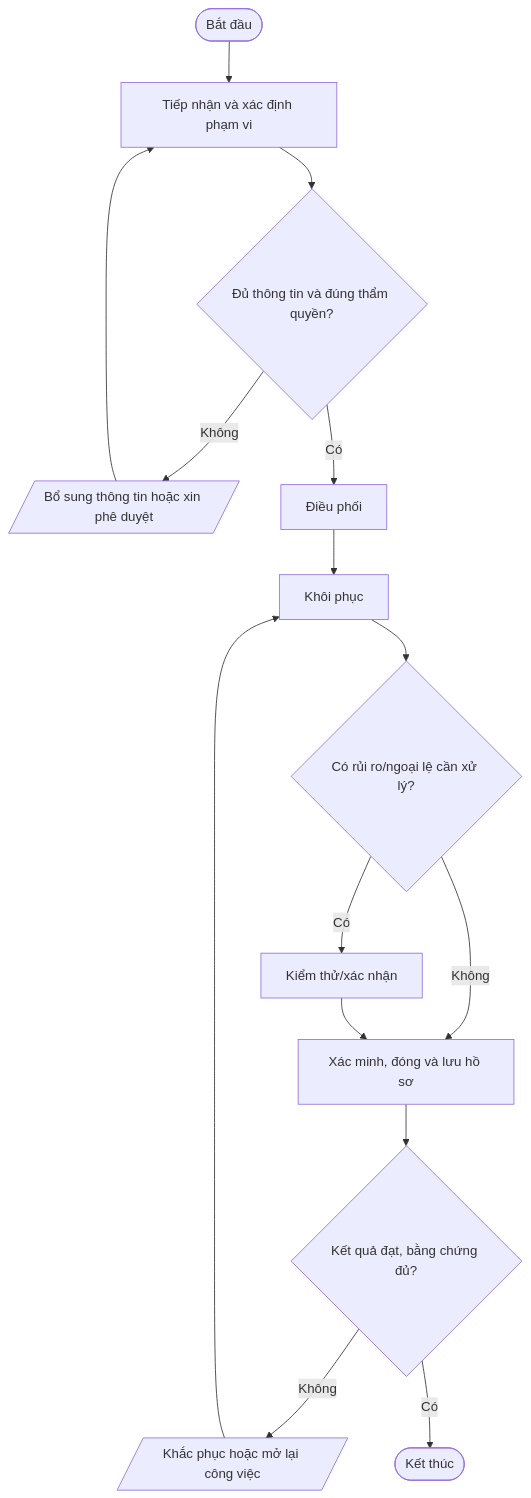
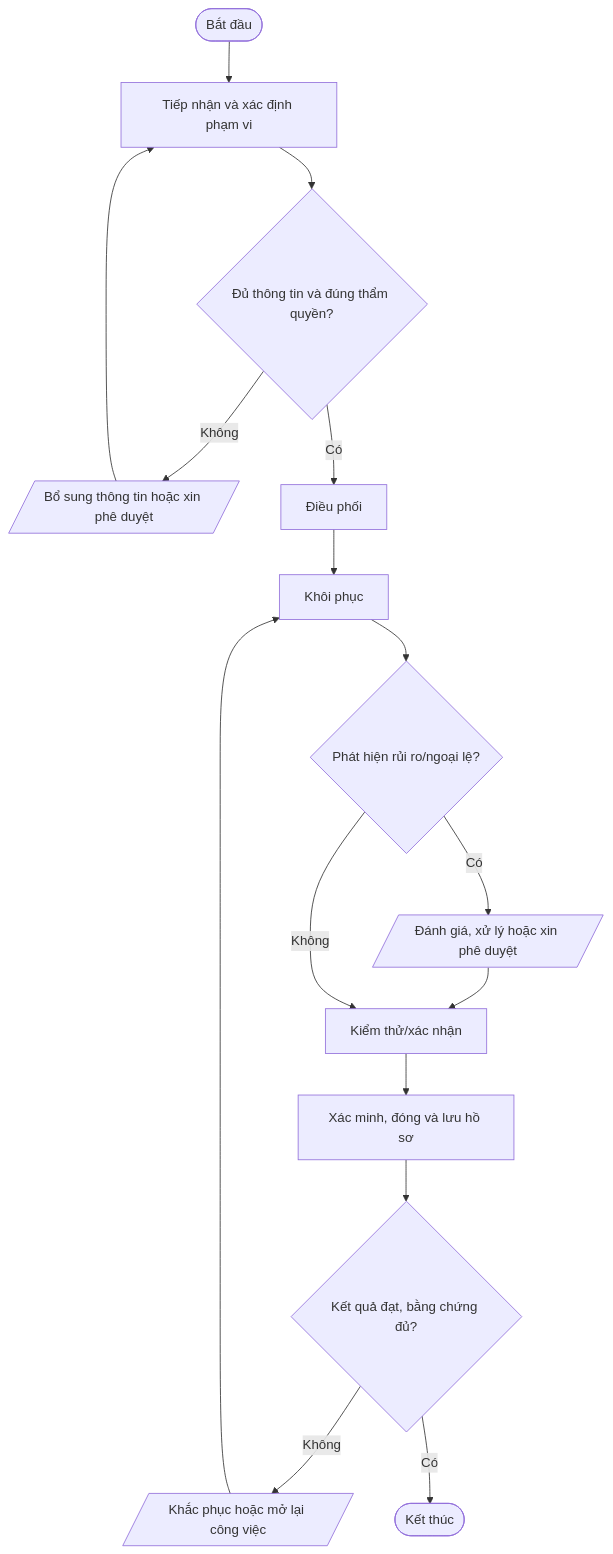
Before and after one commit to daoaigiangnam/Quy_Trinh_Chuan: the fourth of 5 diagrams in quy-trinh/04-Backup-BCP-DR/README.md, drawn with Mermaid. The commit also changed other lines of this file, not shown here.

Commit message:
docs: correct procedure flowchart decision paths

````diff
--- a/quy-trinh/04-Backup-BCP-DR/README.md
+++ b/quy-trinh/04-Backup-BCP-DR/README.md
@@ -315,17 +318,18 @@
 ```mermaid
 flowchart TD
   A([Bắt đầu]) --> S1["Tiếp nhận và xác định phạm vi"]
   S1 --> D1{"Đủ thông tin và đúng thẩm quyền?"}
   D1 -- Không --> F1[/"Bổ sung thông tin hoặc xin phê duyệt"/]
   F1 --> S1
   D1 -- Có --> S2["Điều phối"]
   S2 --> S3["Khôi phục"]
-  S3 --> D2{"Có rủi ro/ngoại lệ cần xử lý?"}
-  D2 -- Có --> S4["Kiểm thử/xác nhận"]
-  D2 -- Không --> S5["Xác minh, đóng và lưu hồ sơ"]
-  S4 --> S5
+  S3 --> D2{"Phát hiện rủi ro/ngoại lệ?"}
+  D2 -- Có --> RISK[/"Đánh giá, xử lý hoặc xin phê duyệt"/]
+  RISK --> S4["Kiểm thử/xác nhận"]
+  D2 -- Không --> S4
+  S4 --> S5["Xác minh, đóng và lưu hồ sơ"]
   S5 --> D3{"Kết quả đạt, bằng chứng đủ?"}
   D3 -- Không --> R[/"Khắc phục hoặc mở lại công việc"/]
   R --> S3
   D3 -- Có --> Z([Kết thúc])
 ```
````
